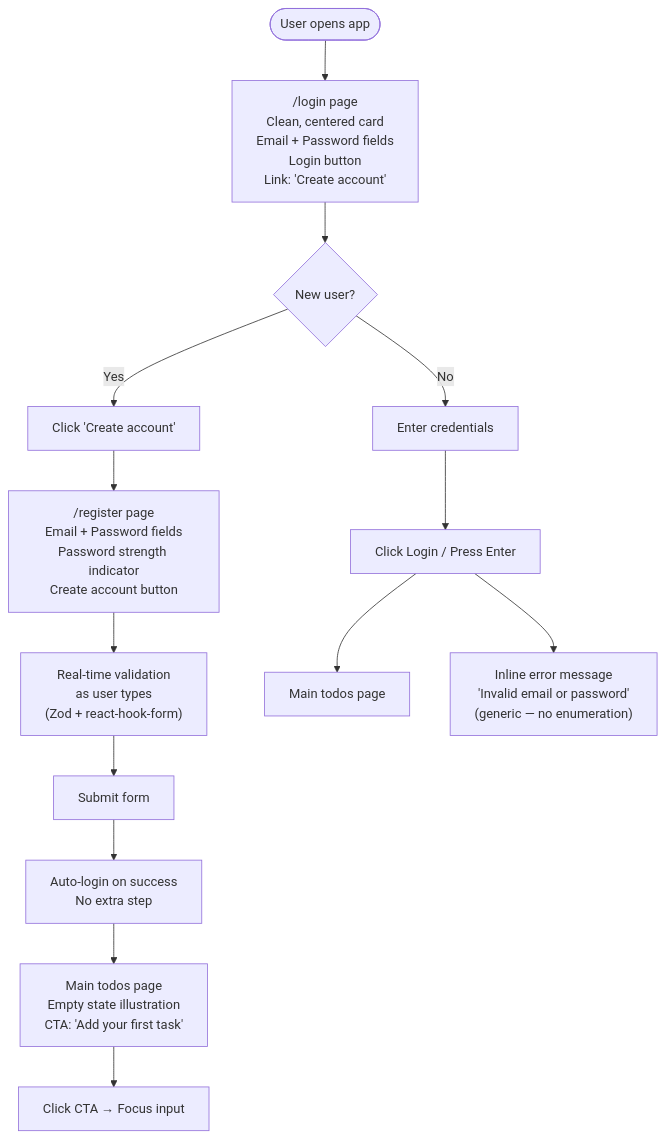
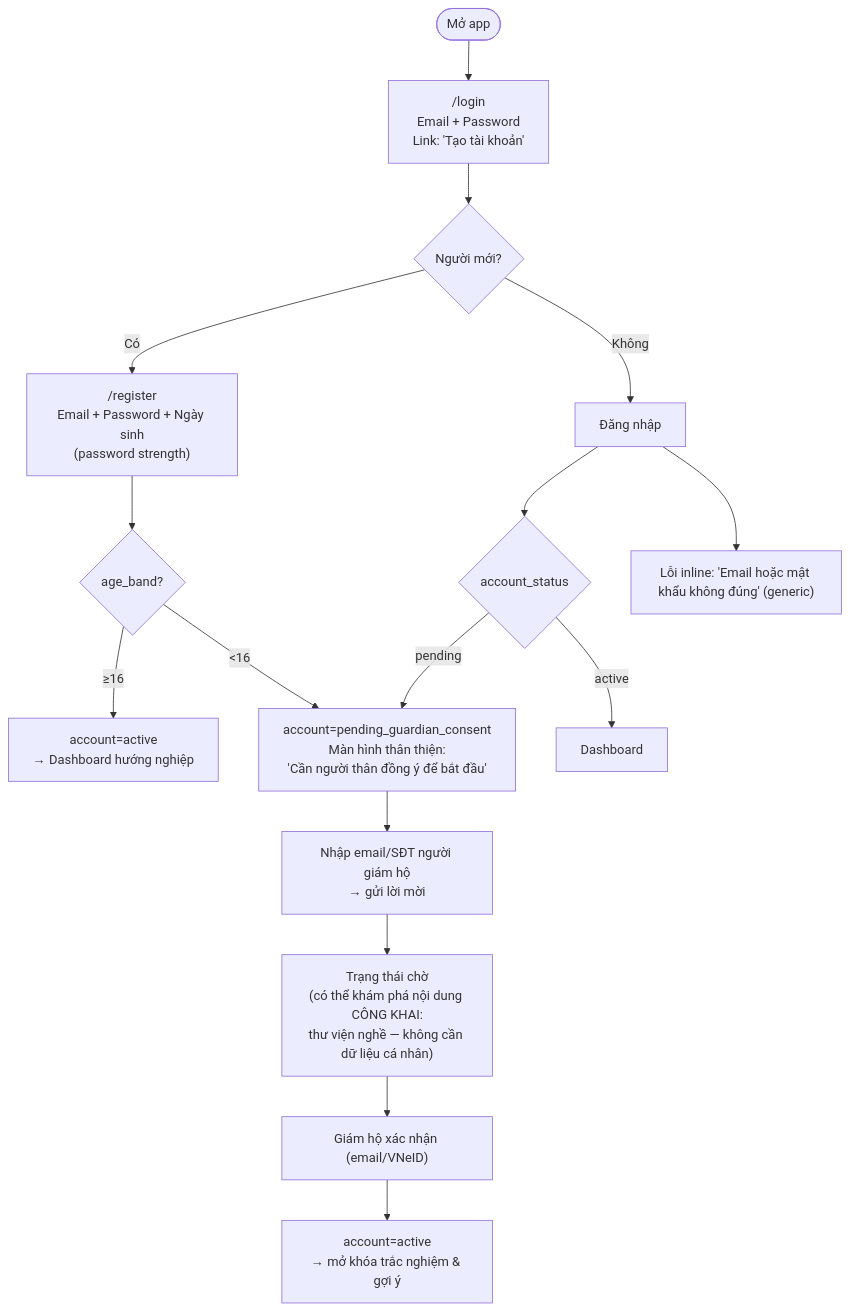
Before and after one commit to quangtanfet-commits/weup-career: the first of 6 diagrams in docs/ux/user-flows.md, drawn with Mermaid. The commit also changed other lines of this file and 39 other files, not shown here.

````diff
--- a/docs/ux/user-flows.md
+++ b/docs/ux/user-flows.md
@@ -23,20 +22,18 @@
 ```mermaid
 flowchart TD
-    START([User opens app]) --> LOGIN_PAGE["/login page\nClean, centered card\nEmail + Password fields\nLogin button\nLink: 'Create account'"]
-    
-    LOGIN_PAGE --> NEW_USER{New user?}
-    
-    NEW_USER -->|Yes| REGISTER_LINK["Click 'Create account'"]
-    REGISTER_LINK --> REGISTER_PAGE["/register page\nEmail + Password fields\nPassword strength indicator\nCreate account button"]
-    REGISTER_PAGE --> VALIDATE["Real-time validation\nas user types\n(Zod + react-hook-form)"]
-    VALIDATE --> SUBMIT_REG["Submit form"]
-    SUBMIT_REG --> AUTO_LOGIN["Auto-login on success\nNo extra step"]
-    AUTO_LOGIN --> EMPTY_STATE["Main todos page\nEmpty state illustration\nCTA: 'Add your first task'"]
-    
-    NEW_USER -->|No| FILL_LOGIN["Enter credentials"]
-    FILL_LOGIN --> SUBMIT_LOGIN["Click Login / Press Enter"]
-    SUBMIT_LOGIN --> TODOS_PAGE["Main todos page"]
-    SUBMIT_LOGIN --> LOGIN_ERROR["Inline error message\n'Invalid email or password'\n(generic — no enumeration)"]
-    
-    EMPTY_STATE --> FIRST_TODO["Click CTA → Focus input"]
+    START([Mở app]) --> LOGIN["/login\nEmail + Password\nLink: 'Tạo tài khoản'"]
+    LOGIN --> NEW{Người mới?}
+    NEW -->|Có| REG["/register\nEmail + Password + Ngày sinh\n(password strength)"]
+    REG --> AGE{age_band?}
+    AGE -->|"≥16"| ACTIVE["account=active\n→ Dashboard hướng nghiệp"]
+    AGE -->|"<16"| GATE["account=pending_guardian_consent\nMàn hình thân thiện:\n'Cần người thân đồng ý để bắt đầu'"]
+    GATE --> INVITE["Nhập email/SĐT người giám hộ\n→ gửi lời mời"]
+    INVITE --> WAIT["Trạng thái chờ\n(có thể khám phá nội dung CÔNG KHAI:\nthư viện nghề — không cần dữ liệu cá nhân)"]
+    WAIT --> CONSENT["Giám hộ xác nhận (email/VNeID)"]
+    CONSENT --> UNLOCK["account=active\n→ mở khóa trắc nghiệm & gợi ý"]
+    NEW -->|Không| FILL["Đăng nhập"]
+    FILL --> ROUTE{account_status}
+    ROUTE -->|active| DASH["Dashboard"]
+    ROUTE -->|pending| GATE
+    FILL --> ERR["Lỗi inline: 'Email hoặc mật khẩu không đúng' (generic)"]
 ```
````
